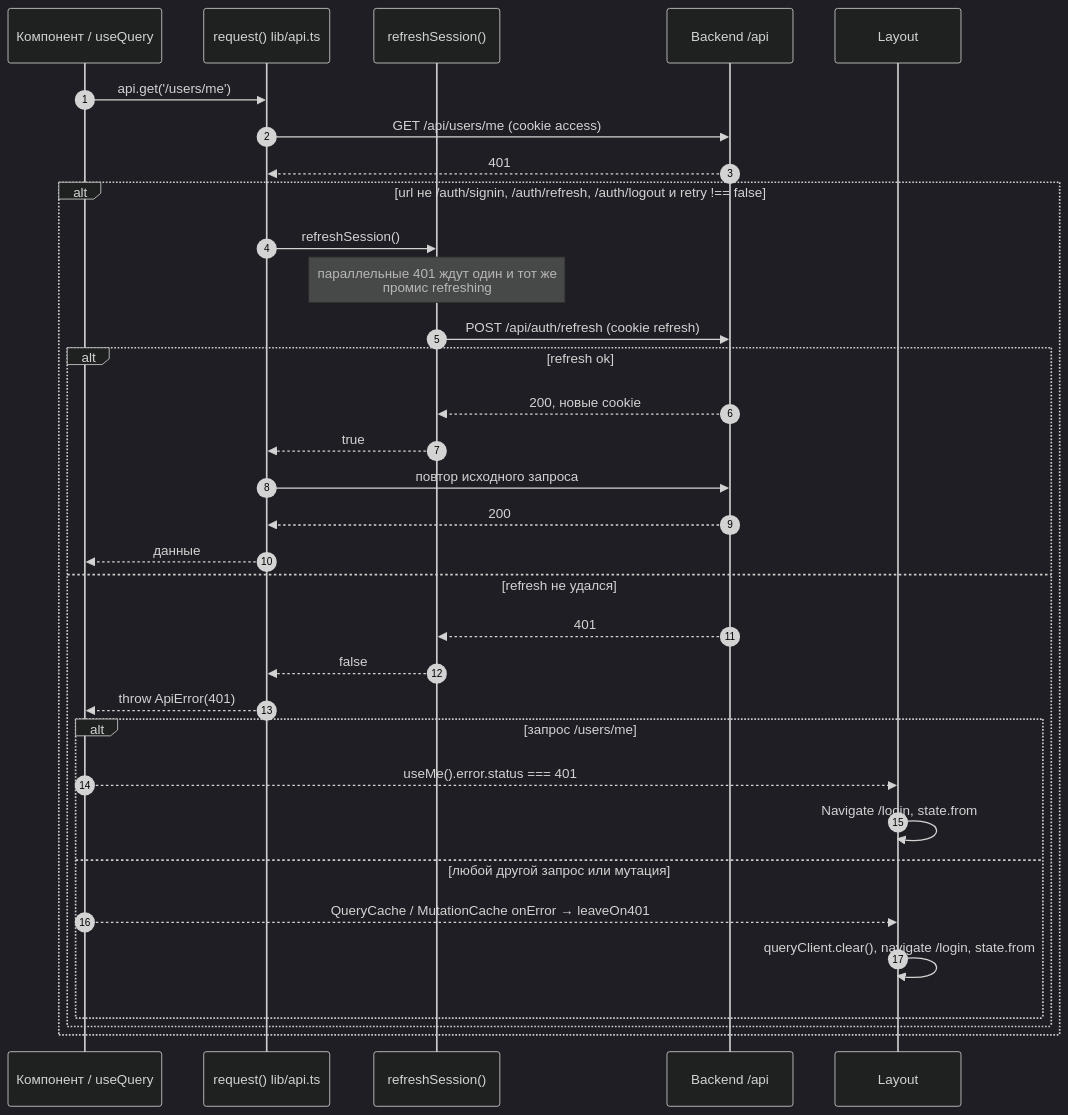
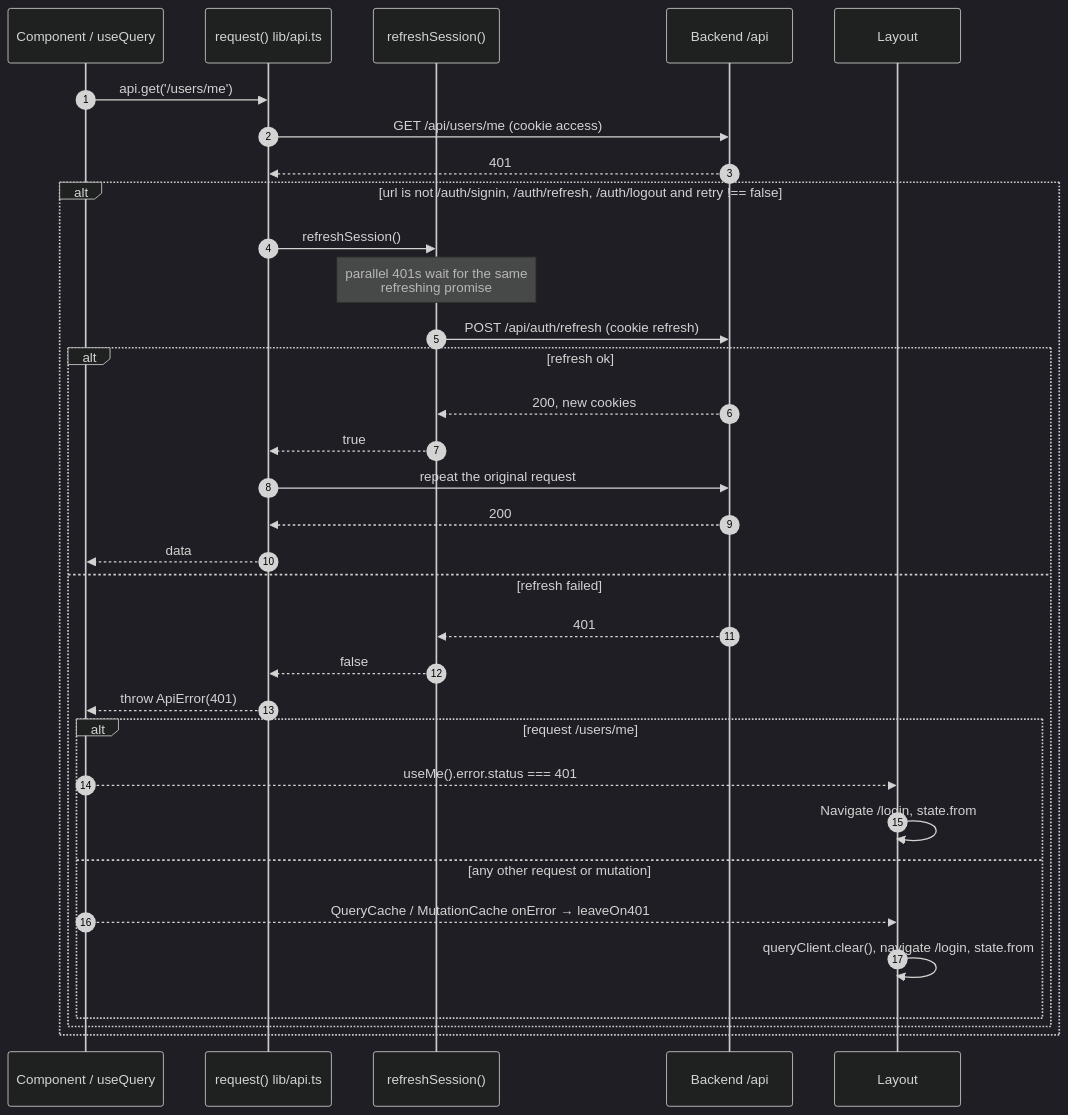
One commit to NikitkaZXC/tcloud-frontend changed the sixth of 8 diagrams in docs/architecture.md. Above: the diagram before and after it, drawn with Mermaid (dark theme). The commit also changed other lines of this file and 8 other files, not shown here.

````diff
--- a/docs/architecture.md
+++ b/docs/architecture.md
@@ -193,36 +204,36 @@
 ```mermaid
 sequenceDiagram
     autonumber
-    participant C as Компонент / useQuery
+    participant C as Component / useQuery
     participant R as request() lib/api.ts
     participant F as refreshSession()
     participant B as Backend /api
     participant L as Layout
 
     C->>R: api.get('/users/me')
     R->>B: GET /api/users/me (cookie access)
     B-->>R: 401
-    alt url не /auth/signin, /auth/refresh, /auth/logout и retry !== false
+    alt url is not /auth/signin, /auth/refresh, /auth/logout and retry !== false
         R->>F: refreshSession()
-        Note over F: параллельные 401 ждут один и тот же<br/>промис refreshing
+        Note over F: parallel 401s wait for the same<br/>refreshing promise
         F->>B: POST /api/auth/refresh (cookie refresh)
         alt refresh ok
-            B-->>F: 200, новые cookie
+            B-->>F: 200, new cookies
             F-->>R: true
-            R->>B: повтор исходного запроса
+            R->>B: repeat the original request
             B-->>R: 200
-            R-->>C: данные
-        else refresh не удался
+            R-->>C: data
+        else refresh failed
             B-->>F: 401
             F-->>R: false
             R-->>C: throw ApiError(401)
-            alt запрос /users/me
+            alt request /users/me
                 C-->>L: useMe().error.status === 401
                 L->>L: Navigate /login, state.from
-            else любой другой запрос или мутация
+            else any other request or mutation
                 C-->>L: QueryCache / MutationCache onError → leaveOn401
                 L->>L: queryClient.clear(), navigate /login, state.from
             end
         end
     end
 ```
````
